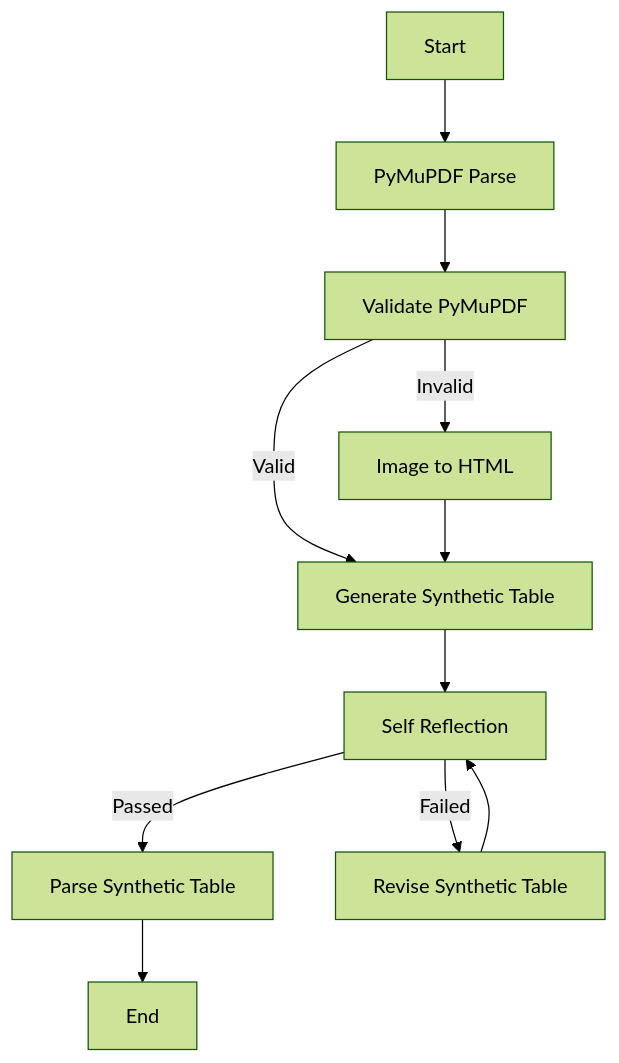
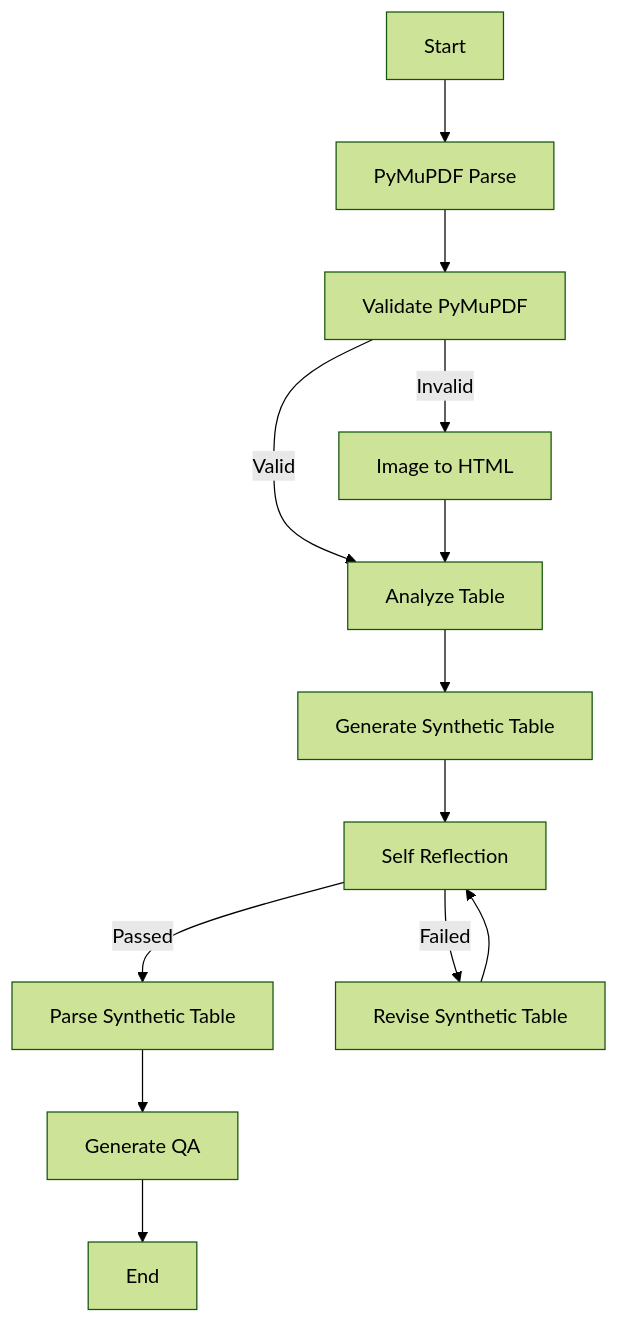
One commit to Pseudo-Lab/TableMagnifier changed the diagram in HOWTO.md. Above: the diagram before and after it, drawn with Mermaid (forest theme). The commit also changed other lines of this file and 5 other files, not shown here.

Commit message:
feat: Implement QA pair generation in the synthetic table flow, integrate table analysis, and add UI for displaying and editing QA results.

````diff
--- a/HOWTO.md
+++ b/HOWTO.md
@@ -17,18 +19,20 @@
 ```mermaid
 graph TD
     START[Start] --> pymupdf_parse[PyMuPDF Parse]
     
     pymupdf_parse --> validate_parsed_table[Validate PyMuPDF]
     
-    validate_parsed_table -->|Valid| generate_synthetic_table[Generate Synthetic Table]
+    validate_parsed_table -->|Valid| analyze_table[Analyze Table]
     validate_parsed_table -->|Invalid| image_to_html[Image to HTML]
     
-    image_to_html --> generate_synthetic_table
+    image_to_html --> analyze_table
+    analyze_table --> generate_synthetic_table[Generate Synthetic Table]
     generate_synthetic_table --> self_reflection[Self Reflection]
     
     self_reflection -->|Passed| parse_synthetic_table[Parse Synthetic Table]
     self_reflection -->|Failed| revise_synthetic_table[Revise Synthetic Table]
     
     revise_synthetic_table --> self_reflection
-    parse_synthetic_table --> END[End]
+    parse_synthetic_table --> generate_qa[Generate QA]
+    generate_qa --> END[End]
 ```
````
